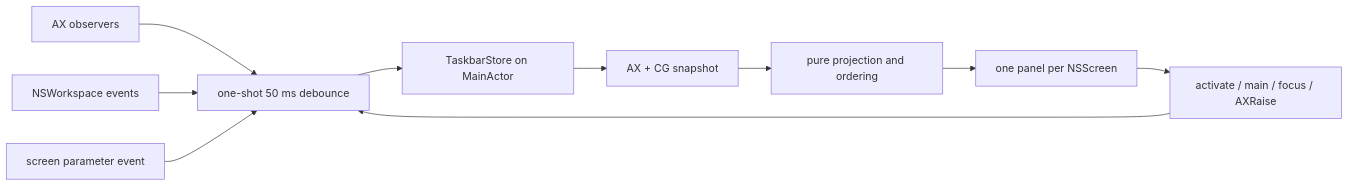
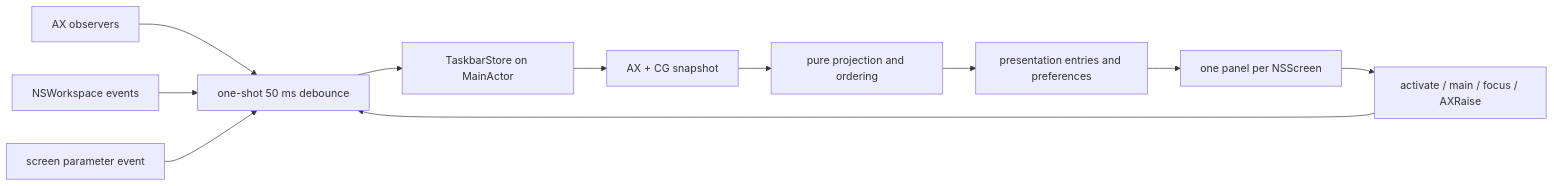
Before and after one commit to mrkbac/tinytaskbar: the diagram in docs/TECHNICAL_DESIGN.md, drawn with Mermaid. The commit also changed other lines of this file and 14 other files, not shown here.

````diff
--- a/docs/TECHNICAL_DESIGN.md
+++ b/docs/TECHNICAL_DESIGN.md
@@ -26,12 +28,13 @@
 ```mermaid
 flowchart LR
     AX[AX observers] --> D[one-shot 50 ms debounce]
     WS[NSWorkspace events] --> D
     SC[screen parameter event] --> D
     D --> S[TaskbarStore on MainActor]
     S --> E[AX + CG snapshot]
     E --> P[pure projection and ordering]
-    P --> V[one panel per NSScreen]
+    P --> R[presentation entries and preferences]
+    R --> V[one panel per NSScreen]
     V --> A[activate / main / focus / AXRaise]
     A --> D
 ```
````
